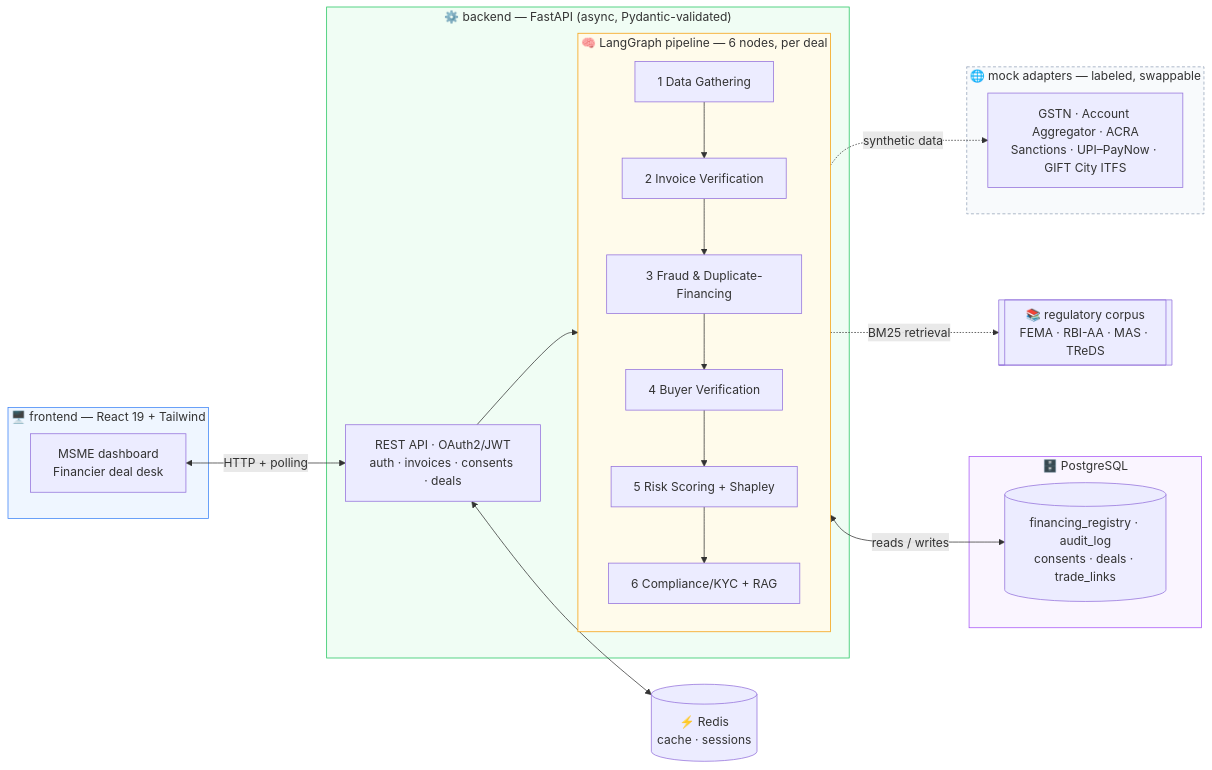
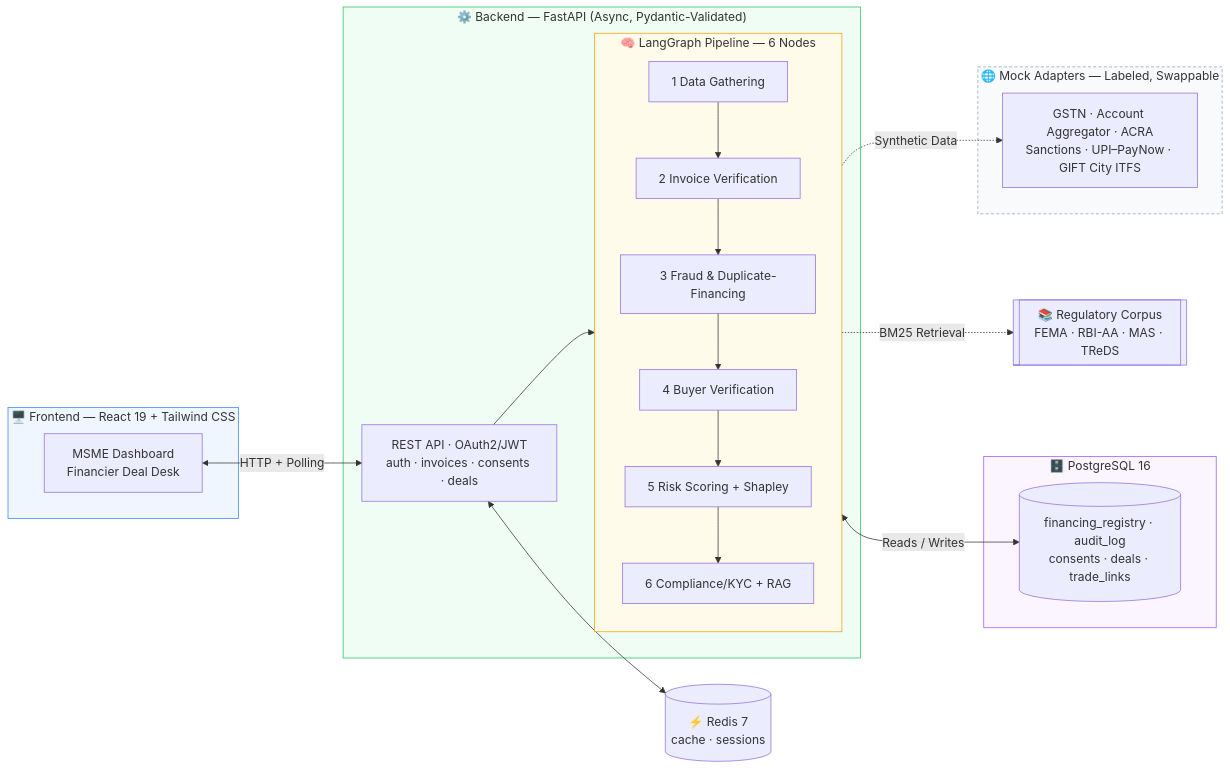
Before and after one commit to HRUTHIK-REDDY-ALLAM/SIH: the diagram in Readme.md, drawn with Mermaid. The commit also changed other lines of this file, not shown here.

Commit message:
docs: overhaul README with professional structure, architecture diagrams, and comprehensive documentation

````diff
--- a/Readme.md
+++ b/Readme.md
@@ -43,41 +119,41 @@
 ```mermaid
 flowchart LR
-    subgraph FE["🖥️ frontend — React 19 + Tailwind"]
-        UI["MSME dashboard\nFinancier deal desk"]
+    subgraph FE["🖥️ Frontend — React 19 + Tailwind CSS"]
+        UI["MSME Dashboard\nFinancier Deal Desk"]
     end
 
-    subgraph BE["⚙️ backend — FastAPI (async, Pydantic-validated)"]
+    subgraph BE["⚙️ Backend — FastAPI (Async, Pydantic-Validated)"]
         API["REST API · OAuth2/JWT\nauth · invoices · consents · deals"]
-        subgraph LG["🧠 LangGraph pipeline — 6 nodes, per deal"]
+        subgraph LG["🧠 LangGraph Pipeline — 6 Nodes"]
             direction TB
             N1["1 Data Gathering"] --> N2["2 Invoice Verification"]
             N2 --> N3["3 Fraud & Duplicate-Financing"]
             N3 --> N4["4 Buyer Verification"]
             N4 --> N5["5 Risk Scoring + Shapley"]
             N5 --> N6["6 Compliance/KYC + RAG"]
         end
         API --> LG
     end
 
-    subgraph DATA["🗄️ PostgreSQL"]
+    subgraph DATA["🗄️ PostgreSQL 16"]
         DB[("financing_registry · audit_log\nconsents · deals · trade_links")]
     end
-    RD[("⚡ Redis\ncache · sessions")]
-    REGS[["📚 regulatory corpus\nFEMA · RBI-AA · MAS · TReDS"]]
+    RD[("⚡ Redis 7\ncache · sessions")]
+    REGS[["📚 Regulatory Corpus\nFEMA · RBI-AA · MAS · TReDS"]]
 
-    subgraph EXT["🌐 mock adapters — labeled, swappable"]
+    subgraph EXT["🌐 Mock Adapters — Labeled, Swappable"]
         M["GSTN · Account Aggregator · ACRA\nSanctions · UPI–PayNow · GIFT City ITFS"]
     end
 
-    UI <-->|HTTP + polling| API
+    UI <-->|"HTTP + Polling"| API
     API <--> RD
-    LG <-->|reads / writes| DB
-    N6 -.->|BM25 retrieval| REGS
-    LG -.->|synthetic data| M
+    LG <-->|"Reads / Writes"| DB
+    N6 -.->|"BM25 Retrieval"| REGS
+    LG -.->|"Synthetic Data"| M
 
     style FE fill:#eff6ff,stroke:#3b82f6
     style BE fill:#f0fdf4,stroke:#22c55e
     style LG fill:#fffbeb,stroke:#f59e0b
     style DATA fill:#faf5ff,stroke:#a855f7
     style EXT fill:#f8fafc,stroke:#94a3b8,stroke-dasharray: 4 3
 ```
````
